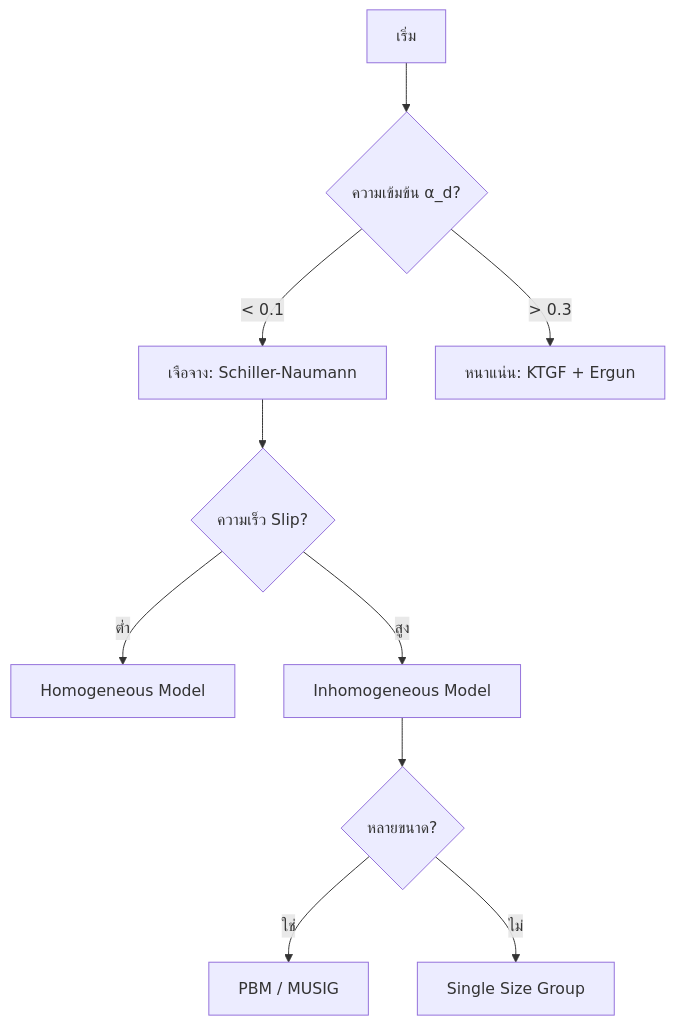
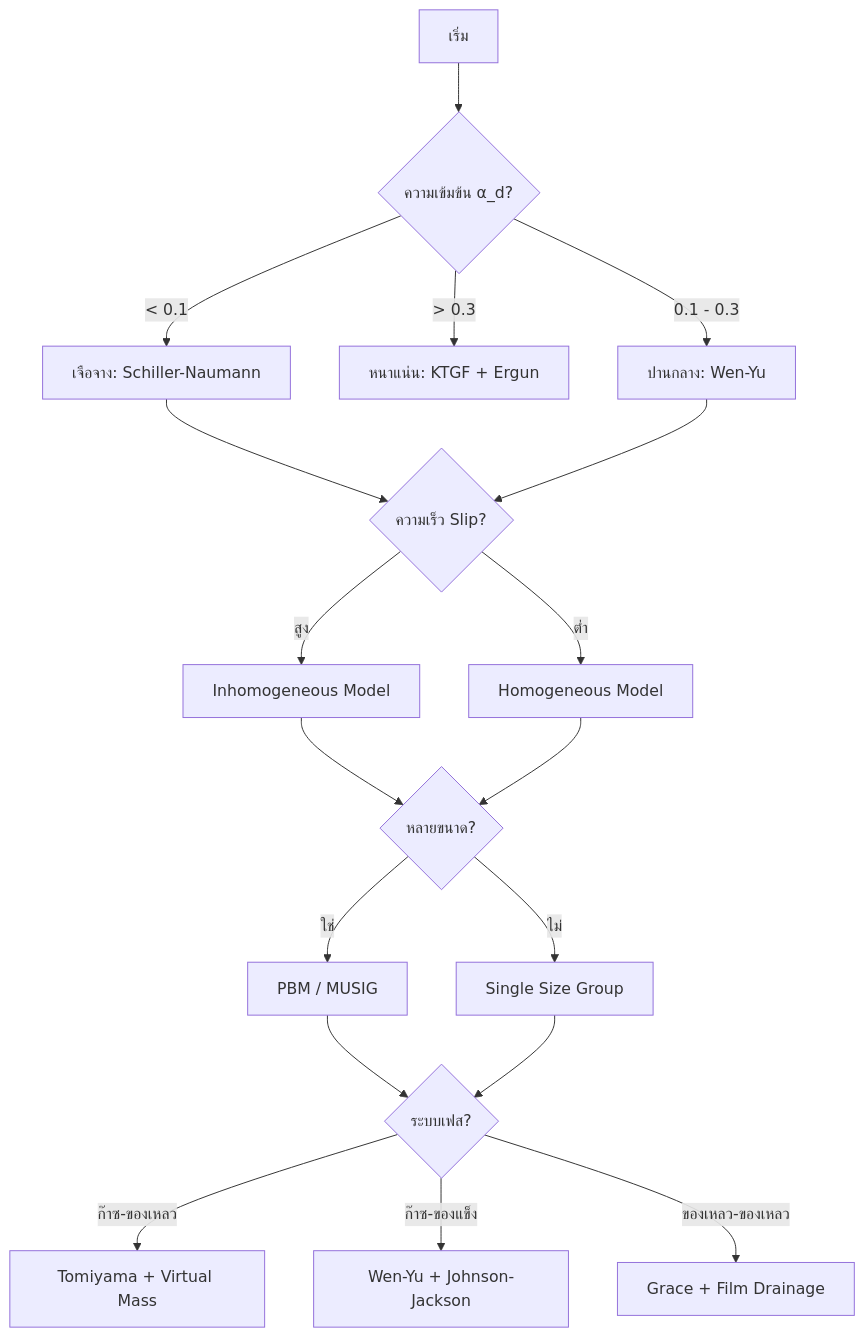
Before and after one commit to wramet/build-my-cfd: the diagram in MODULE_04_MULTIPHASE_FUNDAMENTALS/CONTENT/08_MODEL_SELECTION/00_Overview.md, drawn with Mermaid. The commit also changed other lines of this file and 297 other files, not shown here.

Commit message:
Add explanation under mermaid diagram

````diff
--- a/MODULE_04_MULTIPHASE_FUNDAMENTALS/CONTENT/08_MODEL_SELECTION/00_Overview.md
+++ b/MODULE_04_MULTIPHASE_FUNDAMENTALS/CONTENT/08_MODEL_SELECTION/00_Overview.md
@@ -36,12 +242,20 @@
 ```mermaid
 flowchart TD
     A[เริ่ม] --> B{ความเข้มข้น α_d?}
-    B -->|< 0.1| C[เจือจาง: Schiller-Naumann]
-    B -->|> 0.3| D[หนาแน่น: KTGF + Ergun]
-    C --> E{ความเร็ว Slip?}
-    E -->|ต่ำ| F[Homogeneous Model]
-    E -->|สูง| G[Inhomogeneous Model]
-    G --> H{หลายขนาด?}
-    H -->|ใช่| I[PBM / MUSIG]
-    H -->|ไม่| J[Single Size Group]
+    B -->|&lt; 0.1| C[เจือจาง: Schiller-Naumann]
+    B -->|&gt; 0.3| D[หนาแน่น: KTGF + Ergun]
+    B -->|0.1 - 0.3| E[ปานกลาง: Wen-Yu]
+    C --> F{ความเร็ว Slip?}
+    E --> F
+    F -->|ต่ำ| G[Homogeneous Model]
+    F -->|สูง| H[Inhomogeneous Model]
+    H --> I{หลายขนาด?}
+    G --> I
+    I -->|ใช่| J[PBM / MUSIG]
+    I -->|ไม่| K[Single Size Group]
+    J --> L{ระบบเฟส?}
+    K --> L
+    L -->|ก๊าซ-ของเหลว| M[Tomiyama + Virtual Mass]
+    L -->|ก๊าซ-ของแข็ง| N[Wen-Yu + Johnson-Jackson]
+    L -->|ของเหลว-ของเหลว| O[Grace + Film Drainage]
 ```
````
